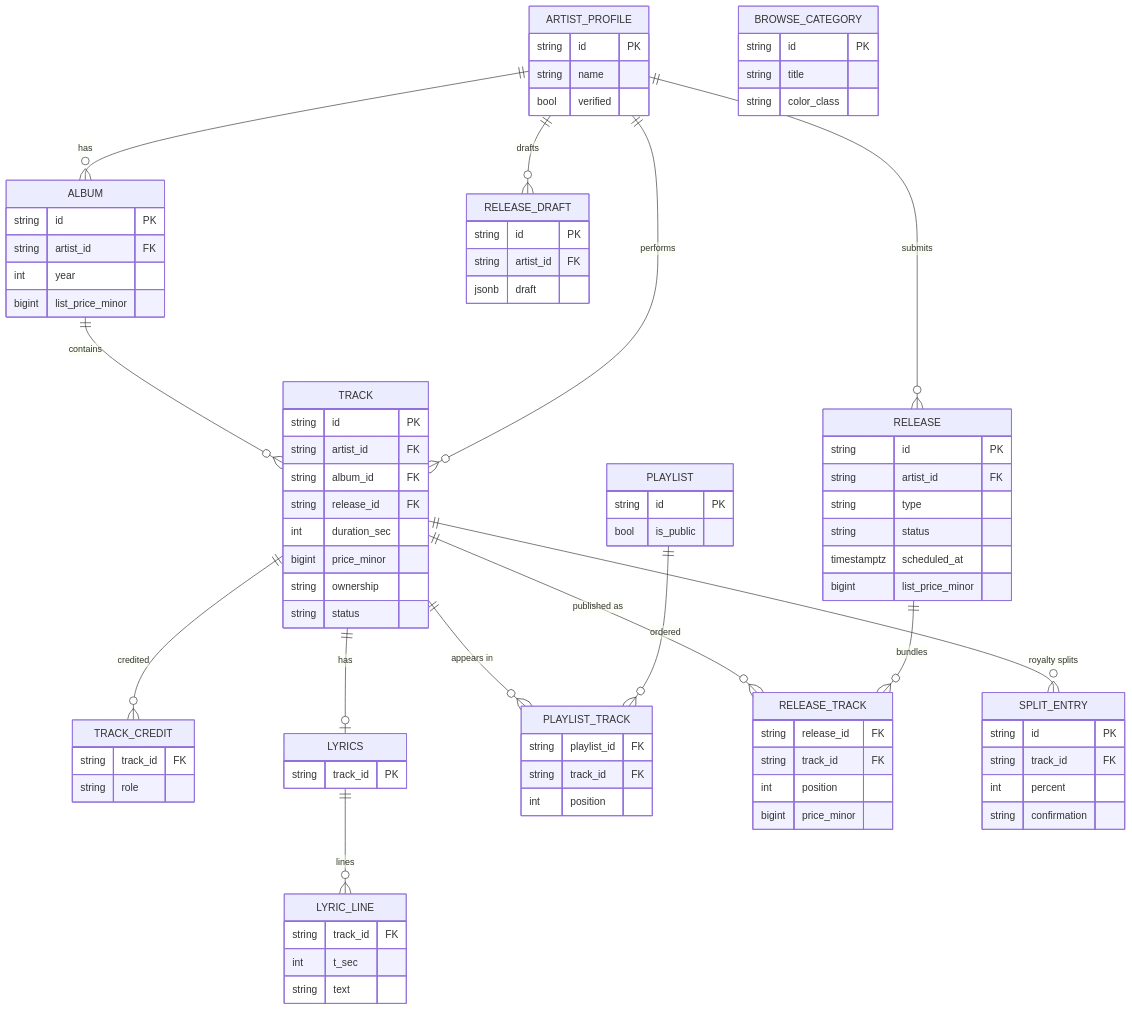
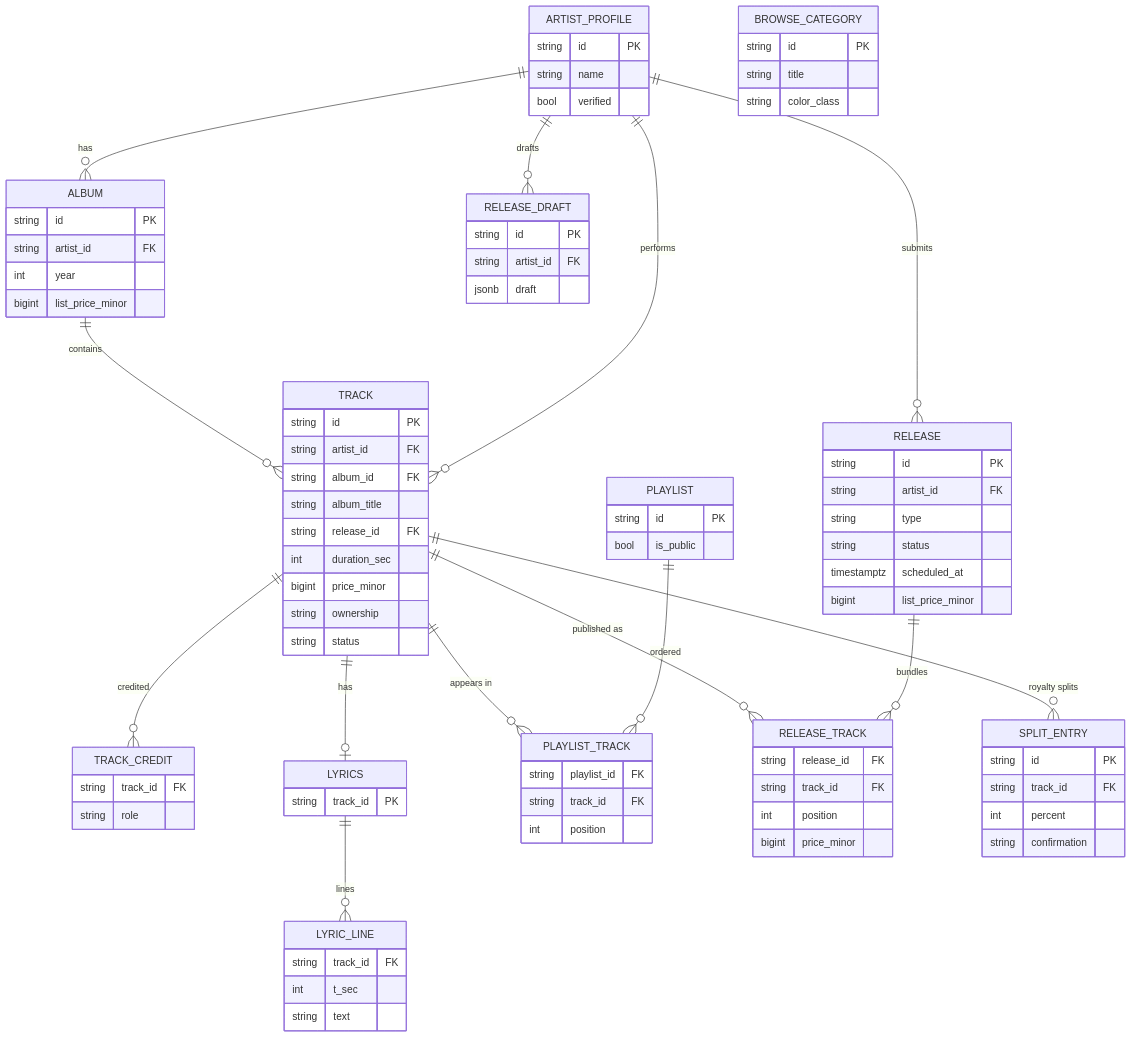
One commit to Shakvilla/beatzmedia changed the second of 4 diagrams in backend/docs/architecture/catalog.md. Above: the diagram before and after it, drawn with Mermaid. The commit also changed other lines of this file and 68 other files, not shown here.

```diff
--- a/backend/docs/architecture/catalog.md
+++ b/backend/docs/architecture/catalog.md
@@ -132,6 +132,7 @@
     string id PK
     string artist_id FK
     string album_id FK
+    string album_title
     string release_id FK
     int duration_sec
     bigint price_minor
```
